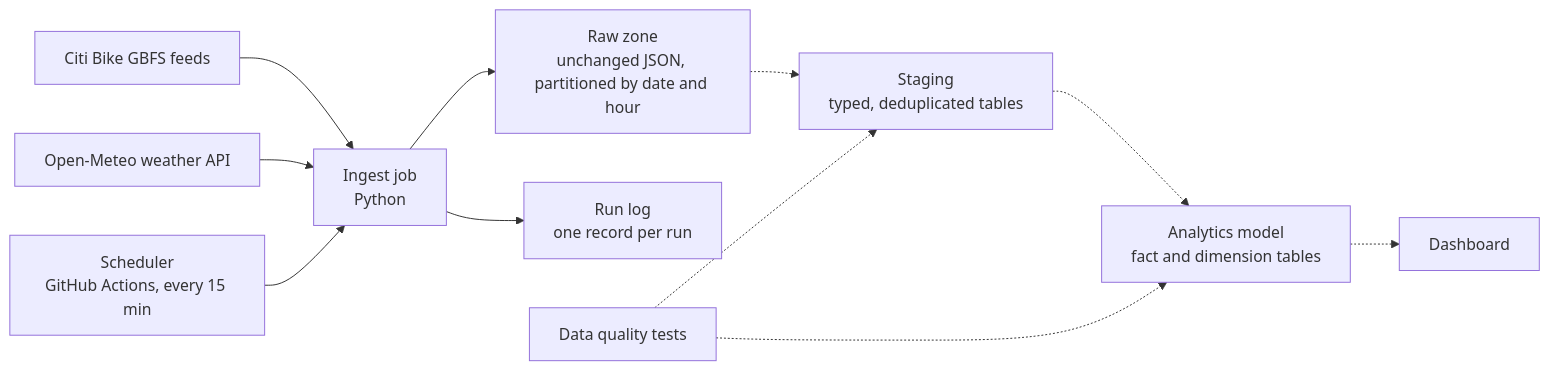
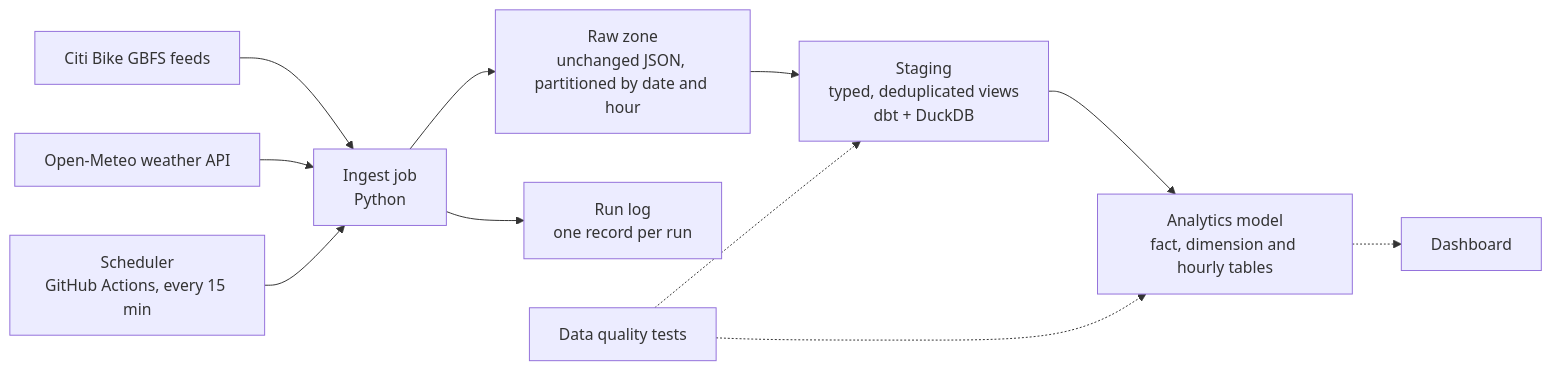
The first of 2 diagrams in README.md (DTOX10011/bikeshare-data-pipeline), drawn with Mermaid before and after one commit. The commit also changed other lines of this file and 24 other files, not shown here.

First line of the commit message:
Milestone 3: staging views and analytics model with dbt and DuckDB

````diff
--- a/README.md
+++ b/README.md
@@ -11,13 +11,13 @@
 ```mermaid
 flowchart LR
     A[Citi Bike GBFS feeds] --> B[Ingest job<br>Python]
     W[Open-Meteo weather API] --> B
     H[Scheduler<br>GitHub Actions, every 15 min] --> B
     B --> C[Raw zone<br>unchanged JSON, partitioned by date and hour]
     B --> L[Run log<br>one record per run]
-    C -.-> D[Staging<br>typed, deduplicated tables]
-    D -.-> E[Analytics model<br>fact and dimension tables]
+    C --> D[Staging<br>typed, deduplicated views<br>dbt + DuckDB]
+    D --> E[Analytics model<br>fact, dimension and hourly tables]
     E -.-> F[Dashboard]
     G[Data quality tests] -.-> D
     G -.-> E
 ```
````
